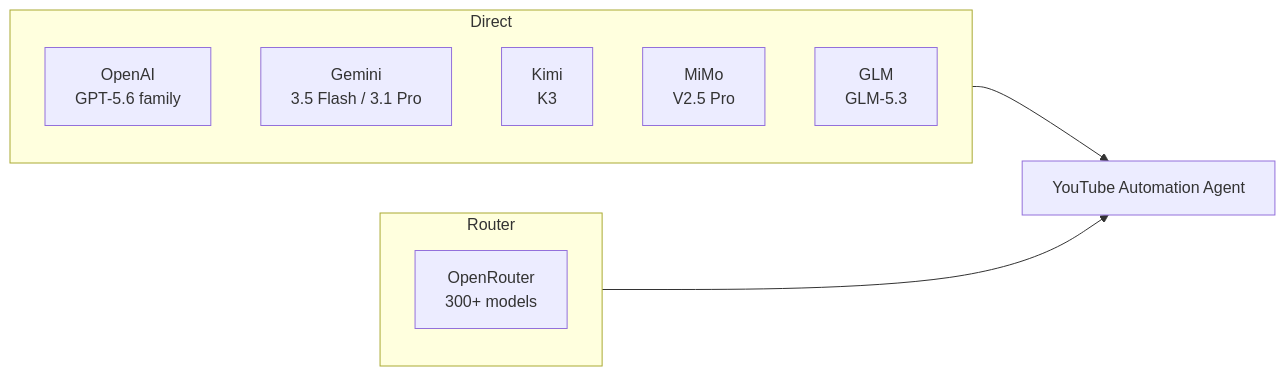
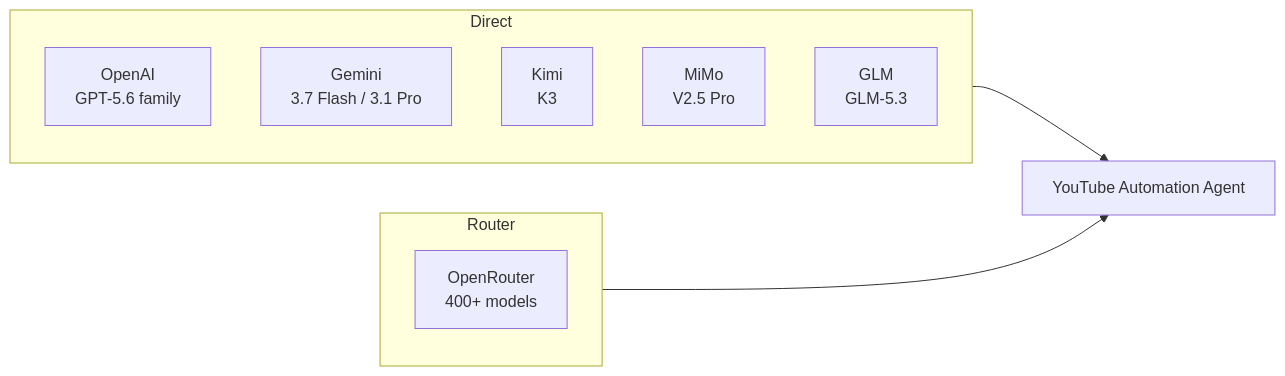
Before and after one commit to Abdul-Rehman745/youtube-automation-agent: the second of 4 diagrams in README.md, drawn with Mermaid. The commit also changed other lines of this file and 5 other files, not shown here.

````diff
--- a/README.md
+++ b/README.md
@@ -88,15 +88,15 @@
 ```mermaid
 graph LR
     subgraph Direct
         OA[OpenAI<br/>GPT-5.6 family]
-        GM[Gemini<br/>3.5 Flash / 3.1 Pro]
+        GM[Gemini<br/>3.7 Flash / 3.1 Pro]
         KM[Kimi<br/>K3]
         MM[MiMo<br/>V2.5 Pro]
         GL[GLM<br/>GLM-5.3]
     end
     subgraph Router
-        OR[OpenRouter<br/>300+ models]
+        OR[OpenRouter<br/>400+ models]
     end
     Direct --> YAA[YouTube Automation Agent]
     Router --> YAA
 ```
````
